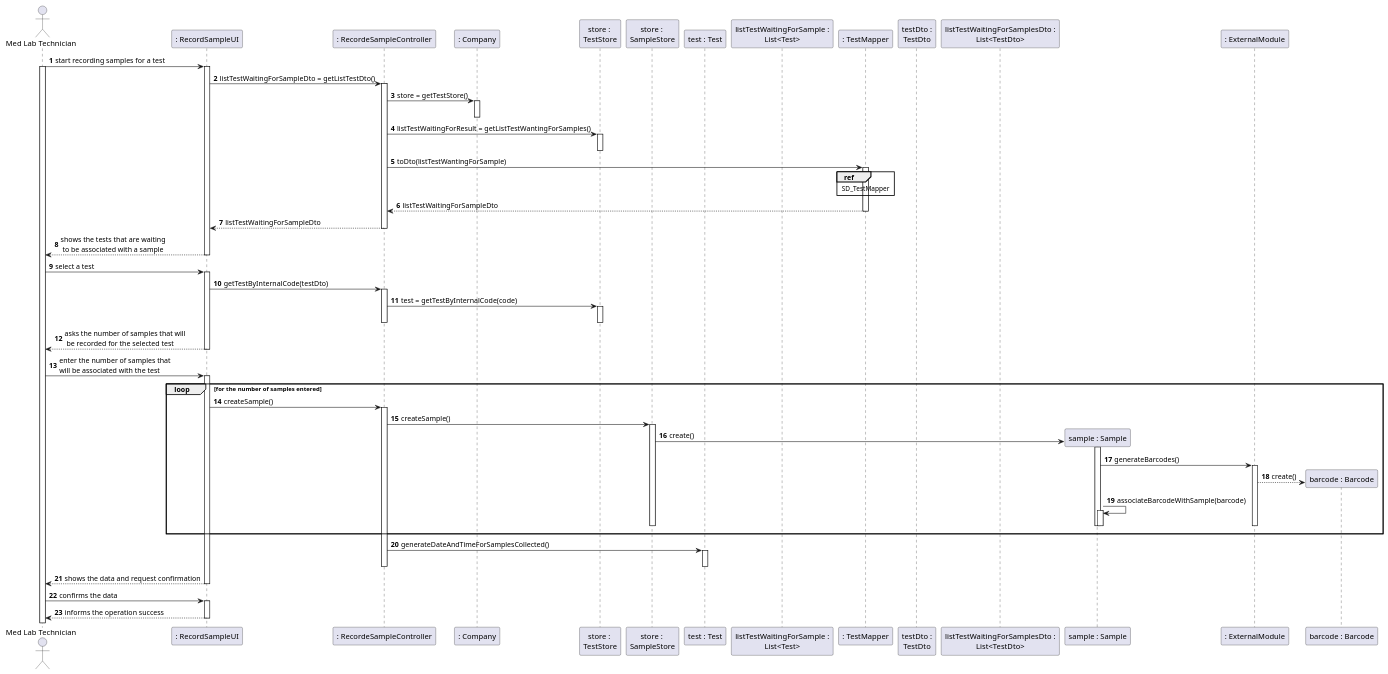
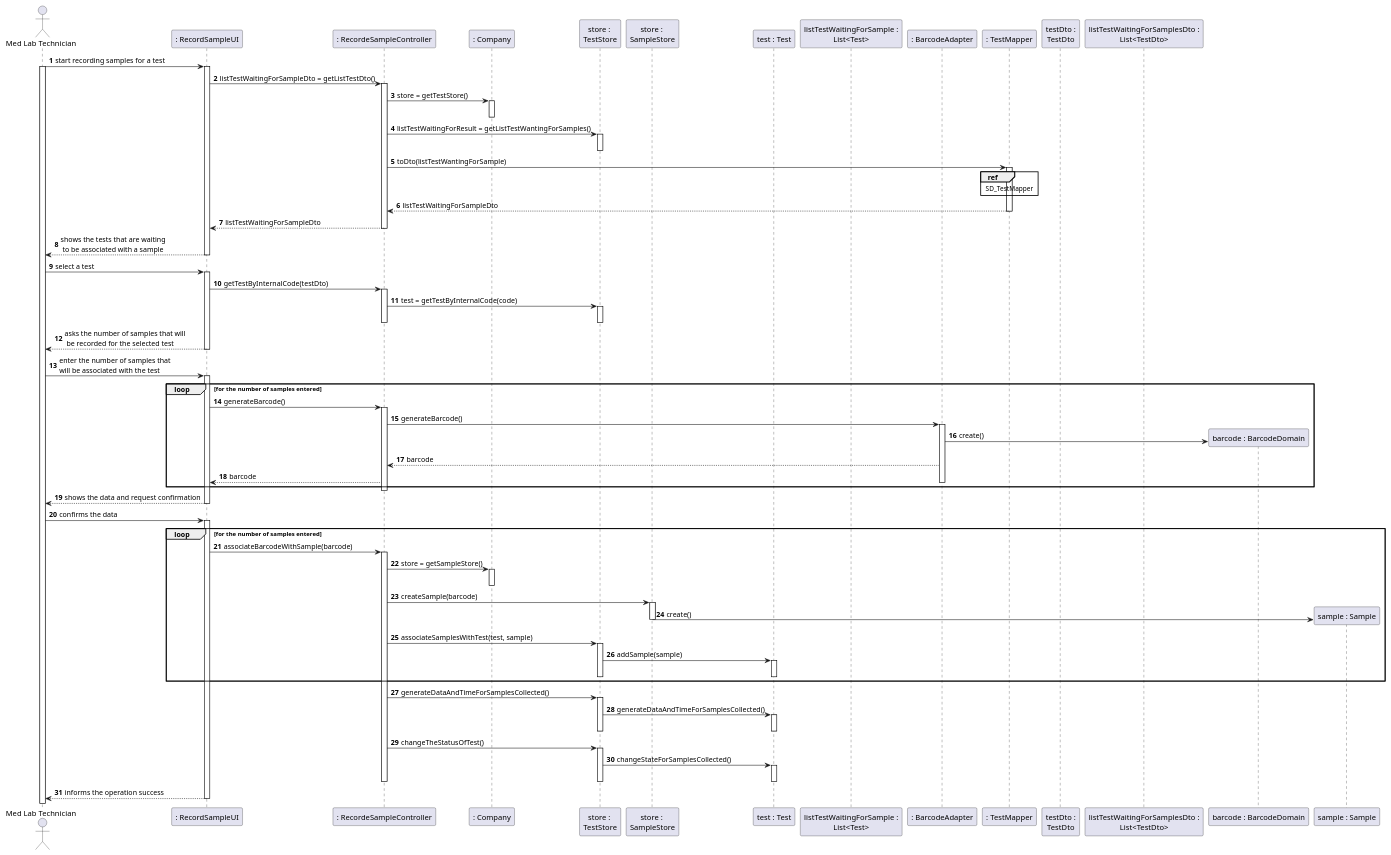
One commit to manu-07-ela/LAPR2_ISEP changed the diagram in docs/SprintC/US05/US05_SD.puml. Above: the diagram before and after it, drawn with PlantUML. The commit also changed 18 other files, not shown here.

```diff
--- a/docs/SprintC/US05/US05_SD.puml
+++ b/docs/SprintC/US05/US05_SD.puml
@@ -1,94 +1,116 @@
 @startuml
 autonumber
 actor "Med Lab Technician" as MEDLAB
 participant ": RecordSampleUI" as UI
 participant ": RecordeSampleController" as CONTROLLER
 participant ": Company" as COMPANY
 participant "store : \nTestStore" as TESTSTORE
 participant "store : \nSampleStore" as SAMPLESTORE
 participant "test : Test" as TEST
 participant "listTestWaitingForSample :\nList<Test>" as TESTLIST
+participant ": BarcodeAdapter" as ADAPTER
 participant ": TestMapper" as MAPPER
 participant "testDto :\nTestDto" as TESTDTO
 participant "listTestWaitingForSamplesDto :\nList<TestDto>" as TESTDTOLIST
 
 
 
 
 
 
 
 
 
 MEDLAB -> UI : start recording samples for a test
 activate MEDLAB
 activate UI
 UI -> CONTROLLER : listTestWaitingForSampleDto = getListTestDto()
 activate CONTROLLER
 CONTROLLER -> COMPANY : store = getTestStore()
 activate COMPANY
 deactivate COMPANY
 CONTROLLER -> TESTSTORE : listTestWaitingForResult = getListTestWantingForSamples()
 activate TESTSTORE
 deactivate TESTSTORE
 CONTROLLER -> MAPPER : toDto(listTestWantingForSample)
 activate MAPPER
 ref over MAPPER
 SD_TestMapper
 end ref
 
 MAPPER-->CONTROLLER : listTestWaitingForSampleDto
 deactivate MAPPER
 CONTROLLER --> UI : listTestWaitingForSampleDto
 
 
 
 
 deactivate CONTROLLER
 
 UI --> MEDLAB : shows the tests that are waiting \n to be associated with a sample
 deactivate UI
 
 MEDLAB -> UI : select a test
 activate UI
 UI->CONTROLLER : getTestByInternalCode(testDto)
 activate CONTROLLER
 CONTROLLER->TESTSTORE : test = getTestByInternalCode(code)
 activate TESTSTORE
 deactivate TESTSTORE
 deactivate CONTROLLER
 UI --> MEDLAB : asks the number of samples that will \n be recorded for the selected test
 deactivate UI
 MEDLAB ->UI : enter the number of samples that \nwill be associated with the test
 activate UI
 loop for the number of samples entered
-UI->CONTROLLER : createSample()
+UI->CONTROLLER : generateBarcode()
 activate CONTROLLER
-CONTROLLER->SAMPLESTORE : createSample()
-activate SAMPLESTORE
+CONTROLLER->ADAPTER : generateBarcode()
+activate ADAPTER
+ADAPTER-> "barcode : BarcodeDomain"** : create()
+ADAPTER-->CONTROLLER : barcode
+CONTROLLER-->UI : barcode
+deactivate ADAPTER
+end loop
 
-SAMPLESTORE->"sample : Sample"** : create()
-activate "sample : Sample"
-"sample : Sample" -> ": ExternalModule" : generateBarcodes()
-
-activate ": ExternalModule"
-": ExternalModule" --> "barcode : Barcode"** : create()
-"sample : Sample"->"sample : Sample" : associateBarcodeWithSample(barcode)
-activate "sample : Sample"
-deactivate "sample : Sample"
-deactivate SAMPLESTORE
-deactivate "sample : Sample"
-deactivate ": ExternalModule"
-end loop
-CONTROLLER->TEST : generateDateAndTimeForSamplesCollected()
-activate TEST
-deactivate TEST
 deactivate CONTROLLER
 
 UI --> MEDLAB : shows the data and request confirmation
 deactivate UI
 MEDLAB -> UI : confirms the data
 activate UI
+loop for the number of samples entered
+UI->CONTROLLER : associateBarcodeWithSample(barcode)
+activate CONTROLLER
+CONTROLLER->COMPANY : store = getSampleStore()
+activate COMPANY
+deactivate COMPANY
+CONTROLLER->SAMPLESTORE : createSample(barcode)
+activate SAMPLESTORE
+SAMPLESTORE->"sample : Sample"** : create()
+deactivate SAMPLESTORE
+CONTROLLER->TESTSTORE : associateSamplesWithTest(test, sample)
+activate TESTSTORE
+TESTSTORE->TEST : addSample(sample)
+activate TEST
+deactivate TEST
+deactivate TESTSTORE
+end loop
+CONTROLLER->TESTSTORE : generateDataAndTimeForSamplesCollected()
+activate TESTSTORE
+TESTSTORE->TEST : generateDataAndTimeForSamplesCollected()
+activate TEST
+deactivate TEST
+deactivate TESTSTORE
+CONTROLLER->TESTSTORE : changeTheStatusOfTest()
+activate TESTSTORE
+TESTSTORE->TEST : changeStateForSamplesCollected()
+activate TEST
+deactivate TEST
+deactivate TESTSTORE
+
+deactivate CONTROLLER
+
 UI --> MEDLAB : informs the operation success
 deactivate UI
 @enduml
```
